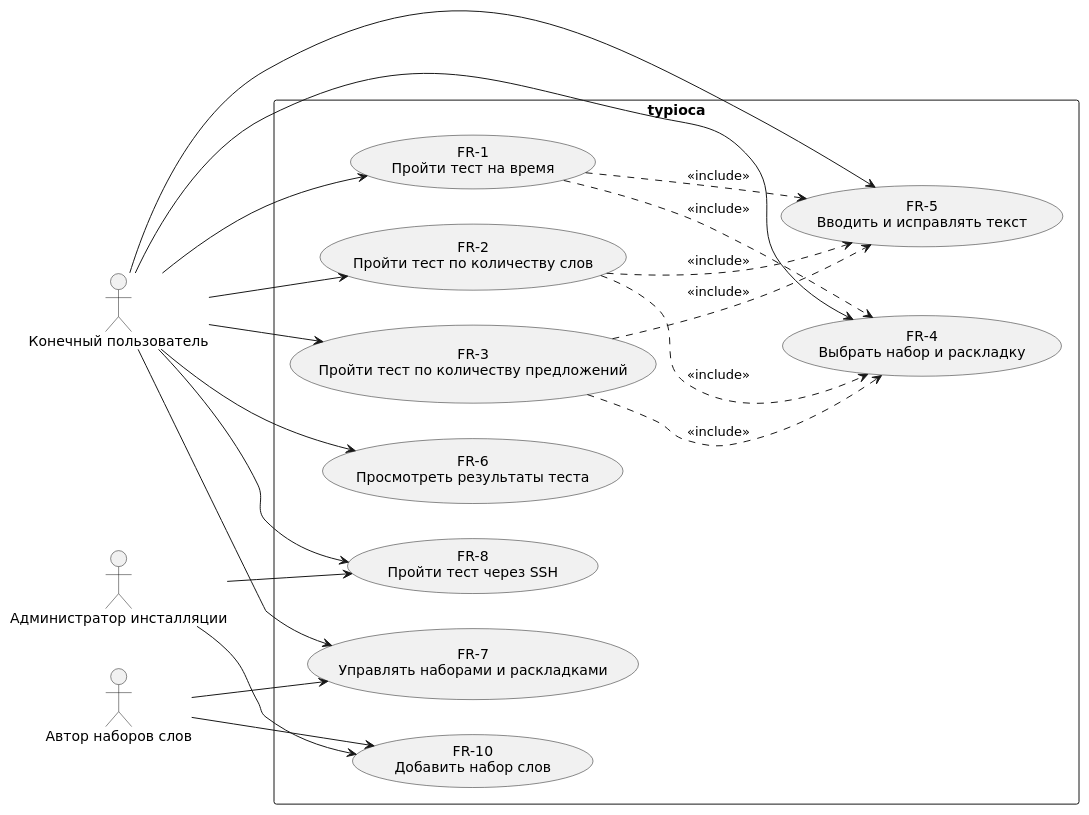
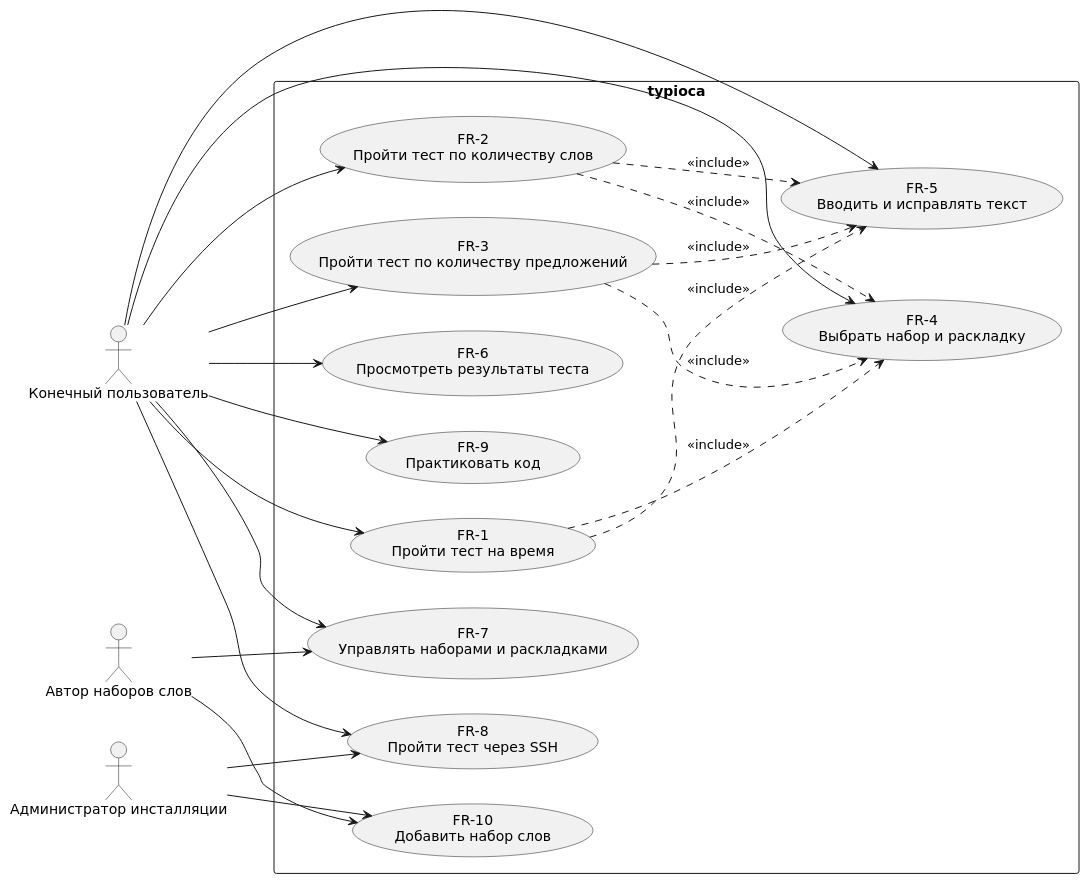
One commit to gitmaxlla/typioca-code changed the diagram in docs/diagrams/use-cases.puml. Above: the diagram before and after it, drawn with PlantUML. The commit also changed 5 other files, not shown here.

```diff
--- a/docs/diagrams/use-cases.puml
+++ b/docs/diagrams/use-cases.puml
@@ -1,42 +1,44 @@
 @startuml use-cases
 skinparam defaultFontName "DejaVu Sans"
 skinparam backgroundColor white
 skinparam shadowing false
 left to right direction
 
 actor "Конечный пользователь" as user
 actor "Автор наборов слов" as author
 actor "Администратор инсталляции" as admin
 
 rectangle "typioca" {
   usecase "FR-1\nПройти тест на время" as uc1
   usecase "FR-2\nПройти тест по количеству слов" as uc2
   usecase "FR-3\nПройти тест по количеству предложений" as uc3
   usecase "FR-4\nВыбрать набор и раскладку" as uc4
   usecase "FR-5\nВводить и исправлять текст" as uc5
   usecase "FR-6\nПросмотреть результаты теста" as uc6
   usecase "FR-7\nУправлять наборами и раскладками" as uc7
   usecase "FR-8\nПройти тест через SSH" as uc8
-  usecase "FR-10\nДобавить набор слов" as uc9
+  usecase "FR-9\nПрактиковать код" as uc9
+  usecase "FR-10\nДобавить набор слов" as uc10
 }
 
 user --> uc1
 user --> uc2
 user --> uc3
 user --> uc4
 user --> uc5
 user --> uc6
 user --> uc7
 user --> uc8
+user --> uc9
 author --> uc7
 admin --> uc8
-author --> uc9
-admin --> uc9
+author --> uc10
+admin --> uc10
 
 uc1 ..> uc5 : <<include>>
 uc2 ..> uc5 : <<include>>
 uc3 ..> uc5 : <<include>>
 uc1 ..> uc4 : <<include>>
 uc2 ..> uc4 : <<include>>
 uc3 ..> uc4 : <<include>>
 @enduml
```
